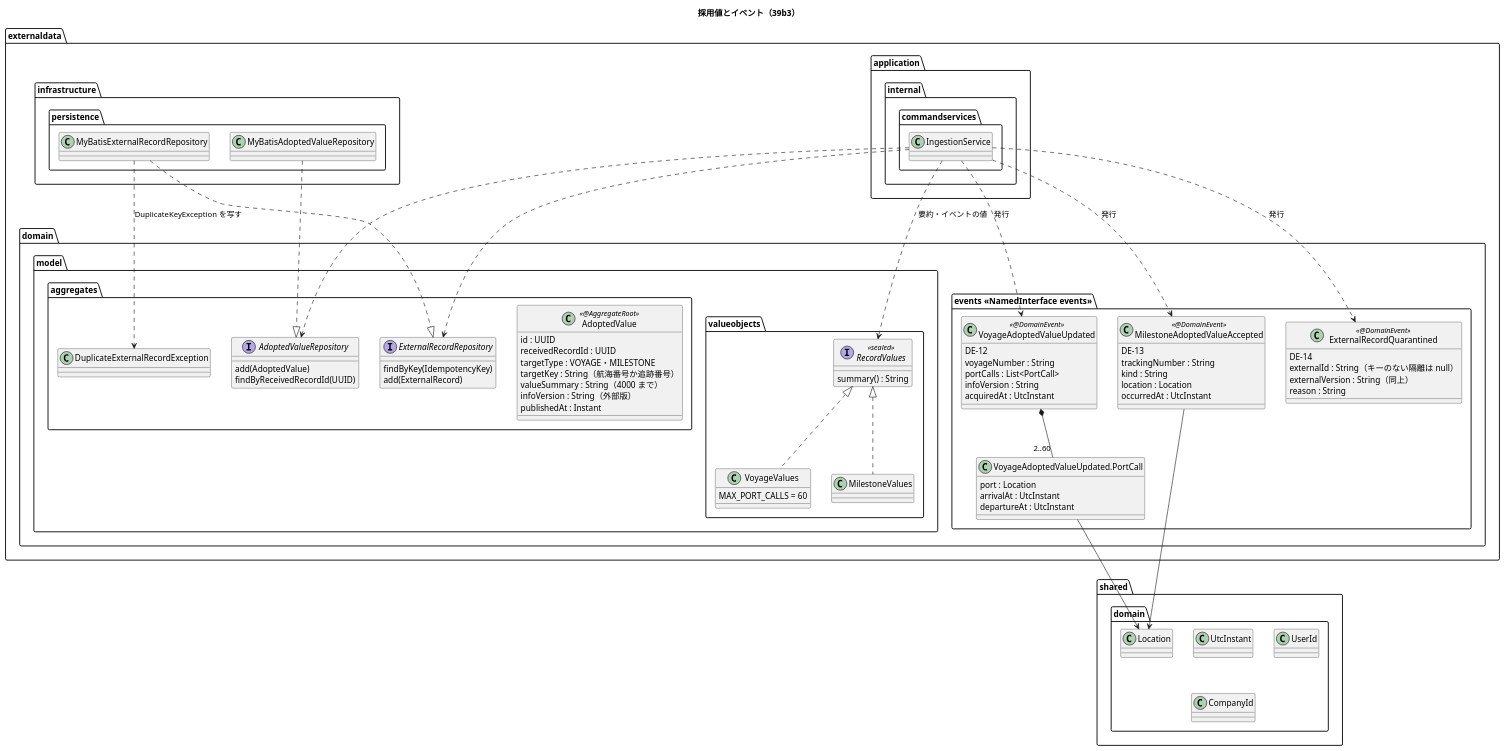
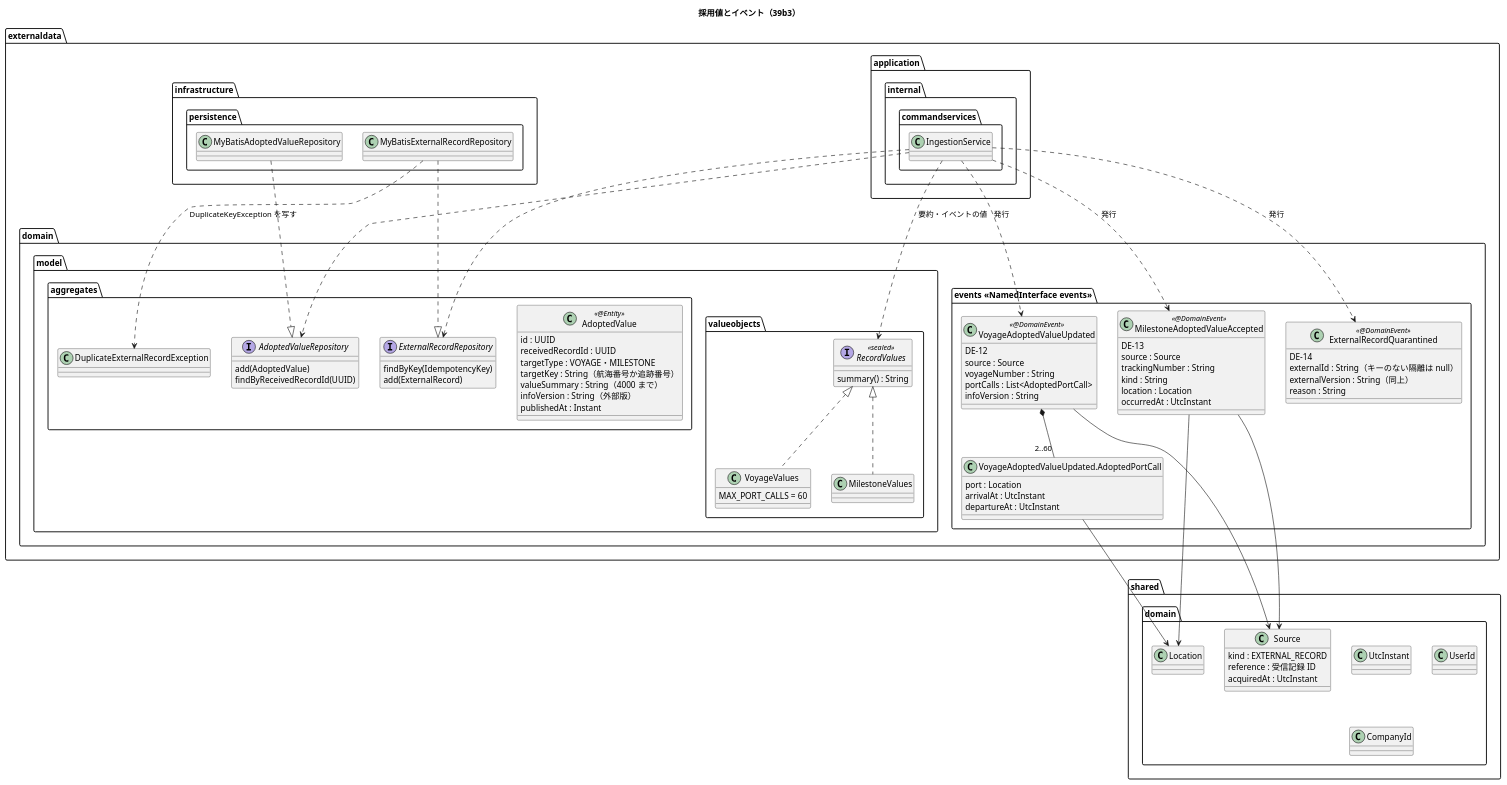
Before and after one commit to k2works/practical-domain-driven-design-in-enterpris-application: the second of 3 diagrams in docs/development/cargo-tracker/bolt_39b3_plan.md, drawn with PlantUML. The commit also changed other lines of this file and 3 other files, not shown here.

```diff
--- a/docs/development/cargo-tracker/bolt_39b3_plan.md
+++ b/docs/development/cargo-tracker/bolt_39b3_plan.md
@@ -198,7 +207,7 @@
 @startuml
 title 採用値とイベント（39b3）
 package "externaldata.domain.model.aggregates" {
-  class AdoptedValue <<@AggregateRoot>> {
+  class AdoptedValue <<@Entity>> {
     id : UUID
     receivedRecordId : UUID
     targetType : VOYAGE・MILESTONE
@@ -229,18 +238,19 @@
 package "externaldata.domain.events <<NamedInterface events>>" {
   class VoyageAdoptedValueUpdated <<@DomainEvent>> {
     DE-12
+    source : Source
     voyageNumber : String
-    portCalls : List<PortCall>
+    portCalls : List<AdoptedPortCall>
     infoVersion : String
-    acquiredAt : UtcInstant
   }
-  class "VoyageAdoptedValueUpdated.PortCall" as PortCall {
+  class "VoyageAdoptedValueUpdated.AdoptedPortCall" as AdoptedPortCall {
     port : Location
     arrivalAt : UtcInstant
     departureAt : UtcInstant
   }
   class MilestoneAdoptedValueAccepted <<@DomainEvent>> {
     DE-13
+    source : Source
     trackingNumber : String
     kind : String
     location : Location
@@ -261,6 +271,11 @@
   class MyBatisExternalRecordRepository
 }
 package "shared.domain" {
+  class Source {
+    kind : EXTERNAL_RECORD
+    reference : 受信記録 ID
+    acquiredAt : UtcInstant
+  }
   class Location
   class UtcInstant
   class UserId
@@ -268,8 +283,10 @@
 }
 RecordValues <|.. VoyageValues
 RecordValues <|.. MilestoneValues
-VoyageAdoptedValueUpdated *-- "2..60" PortCall
-PortCall --> Location
+VoyageAdoptedValueUpdated *-- "2..60" AdoptedPortCall
+AdoptedPortCall --> Location
+VoyageAdoptedValueUpdated --> Source
+MilestoneAdoptedValueAccepted --> Source
 MilestoneAdoptedValueAccepted --> Location
 IngestionService ..> AdoptedValueRepository
 IngestionService ..> ExternalRecordRepository
```
